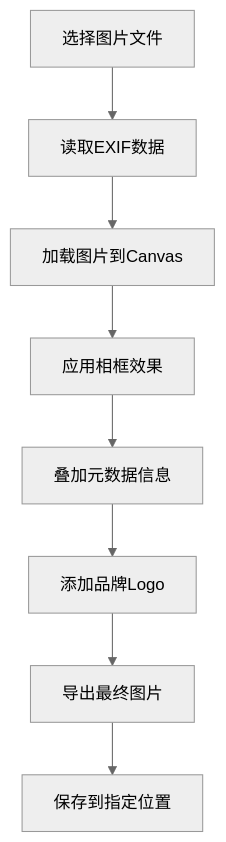
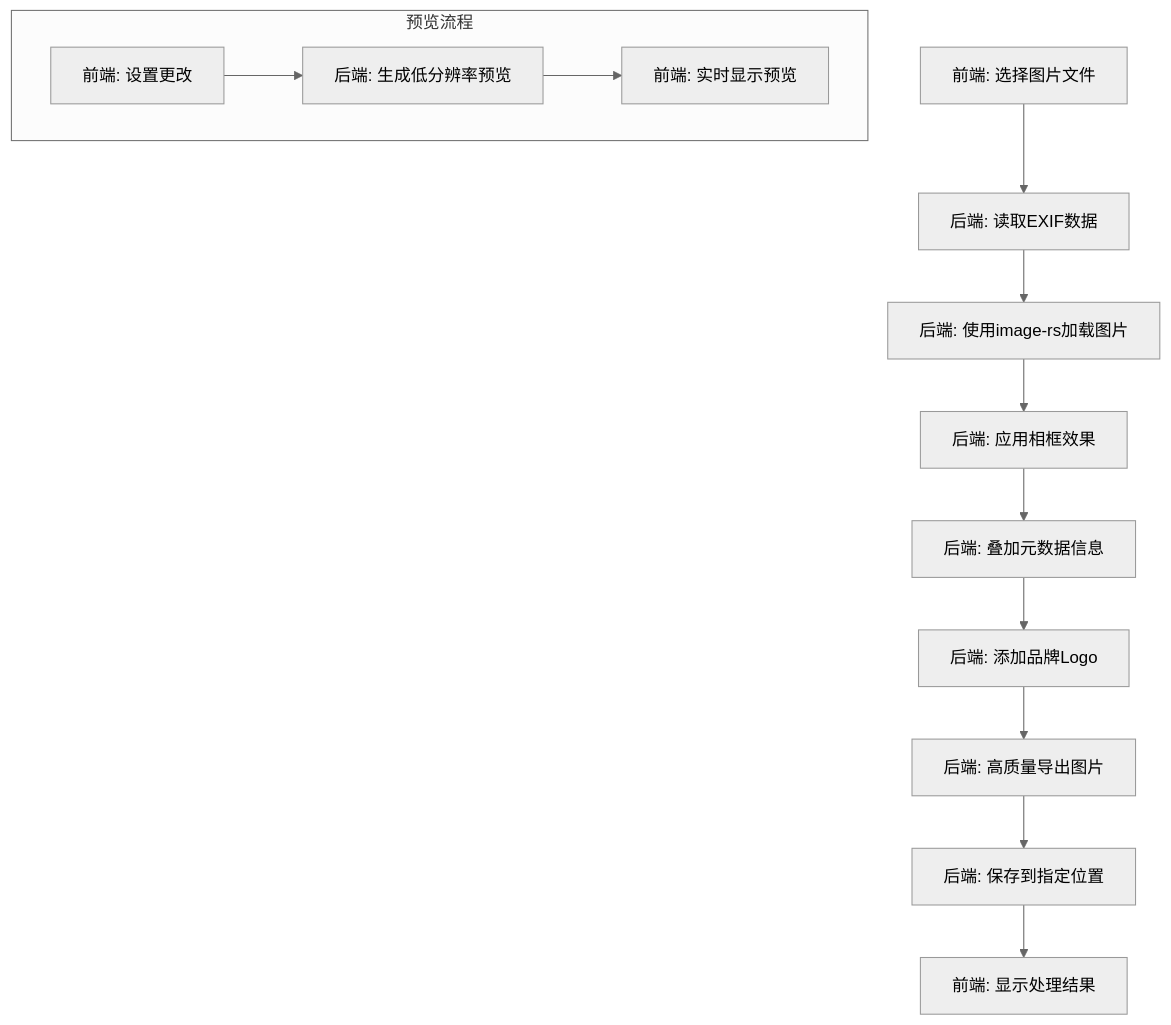
The diagram in .kiro/specs/photo-metadata-overlay/design.md (lyndon-nuu/photo-metadata-overlay), drawn with Mermaid (neutral theme) before and after one commit. The commit also changed other lines of this file and 2 other files, not shown here.

````diff
--- a/.kiro/specs/photo-metadata-overlay/design.md
+++ b/.kiro/specs/photo-metadata-overlay/design.md
@@ -380,10 +405,16 @@
 ```mermaid
 graph TD
-    A[选择图片文件] --> B[读取EXIF数据]
-    B --> C[加载图片到Canvas]
-    C --> D[应用相框效果]
-    D --> E[叠加元数据信息]
-    E --> F[添加品牌Logo]
-    F --> G[导出最终图片]
-    G --> H[保存到指定位置]
+    A[前端: 选择图片文件] --> B[后端: 读取EXIF数据]
+    B --> C[后端: 使用image-rs加载图片]
+    C --> D[后端: 应用相框效果]
+    D --> E[后端: 叠加元数据信息]
+    E --> F[后端: 添加品牌Logo]
+    F --> G[后端: 高质量导出图片]
+    G --> H[后端: 保存到指定位置]
+    H --> I[前端: 显示处理结果]
+    
+    subgraph "预览流程"
+        J[前端: 设置更改] --> K[后端: 生成低分辨率预览]
+        K --> L[前端: 实时显示预览]
+    end
 ```
````
